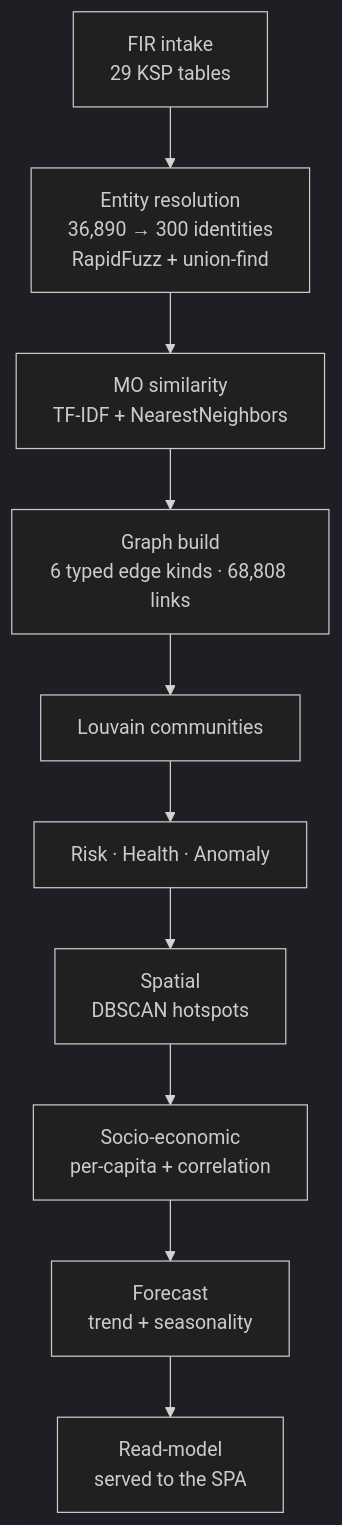
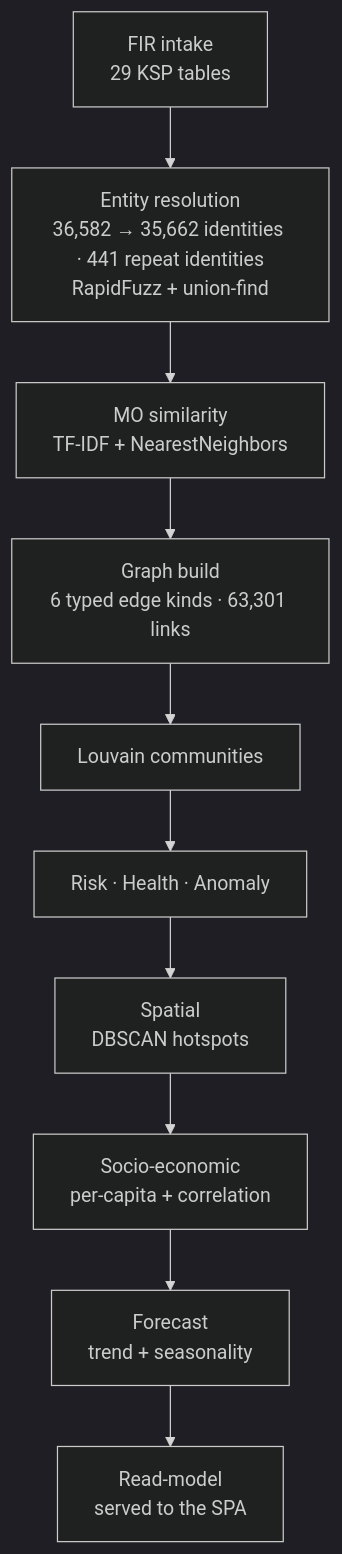
Before and after one commit to adarshcod30/Kadi: the third of 3 diagrams in README.md, drawn with Mermaid (dark theme). The commit also changed other lines of this file and 10 other files, not shown here.

First line of the commit message:
docs: bring every figure onto the regenerated corpus, and fix the ER claim

````diff
--- a/README.md
+++ b/README.md
@@ -258,12 +259,12 @@
 ```mermaid
 flowchart TD
-    A["FIR intake<br/>29 KSP tables"] --> B["Entity resolution<br/>36,890 → 300 identities<br/>RapidFuzz + union-find"]
+    A["FIR intake<br/>29 KSP tables"] --> B["Entity resolution<br/>36,582 → 35,662 identities · 441 repeat identities<br/>RapidFuzz + union-find"]
     B --> C["MO similarity<br/>TF-IDF + NearestNeighbors"]
-    C --> D["Graph build<br/>6 typed edge kinds · 68,808 links"]
+    C --> D["Graph build<br/>6 typed edge kinds · 63,301 links"]
     D --> E["Louvain communities"]
     E --> F["Risk · Health · Anomaly"]
     F --> G["Spatial<br/>DBSCAN hotspots"]
     G --> H["Socio-economic<br/>per-capita + correlation"]
     H --> I["Forecast<br/>trend + seasonality"]
     I --> J["Read-model<br/>served to the SPA"]
 ```
````
